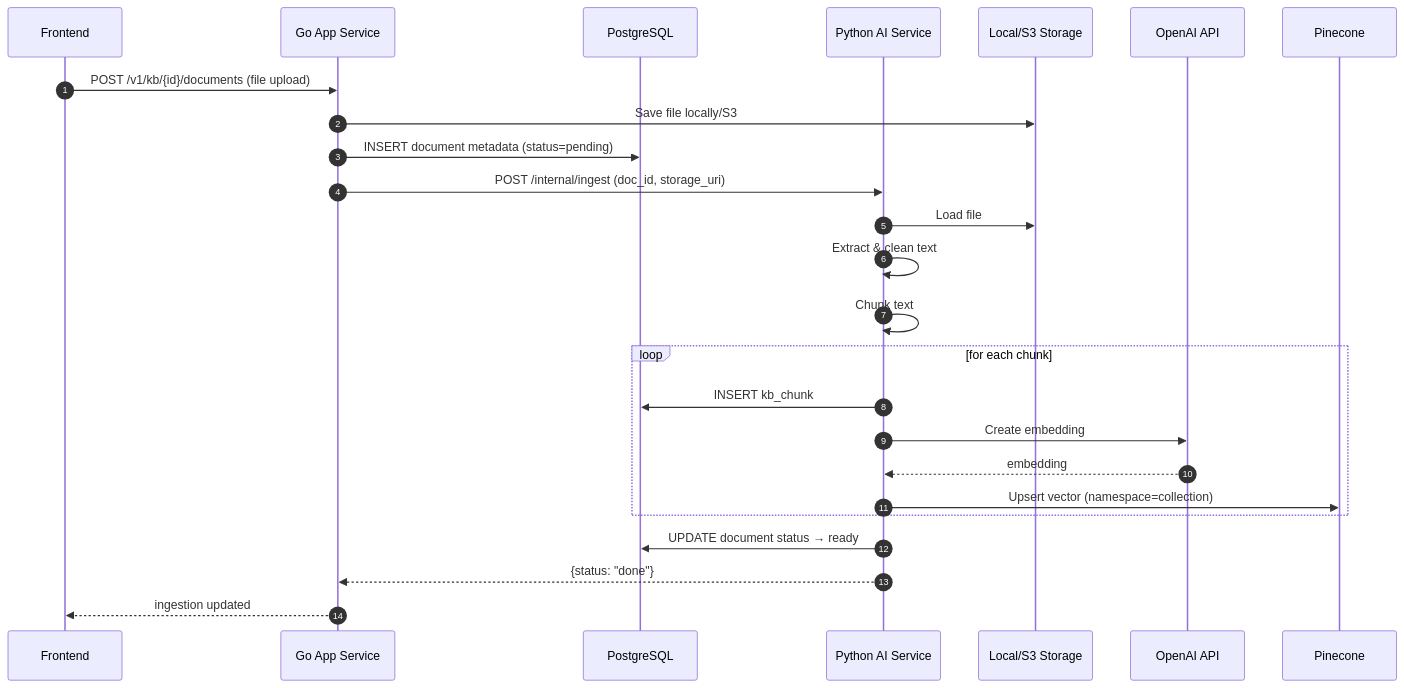
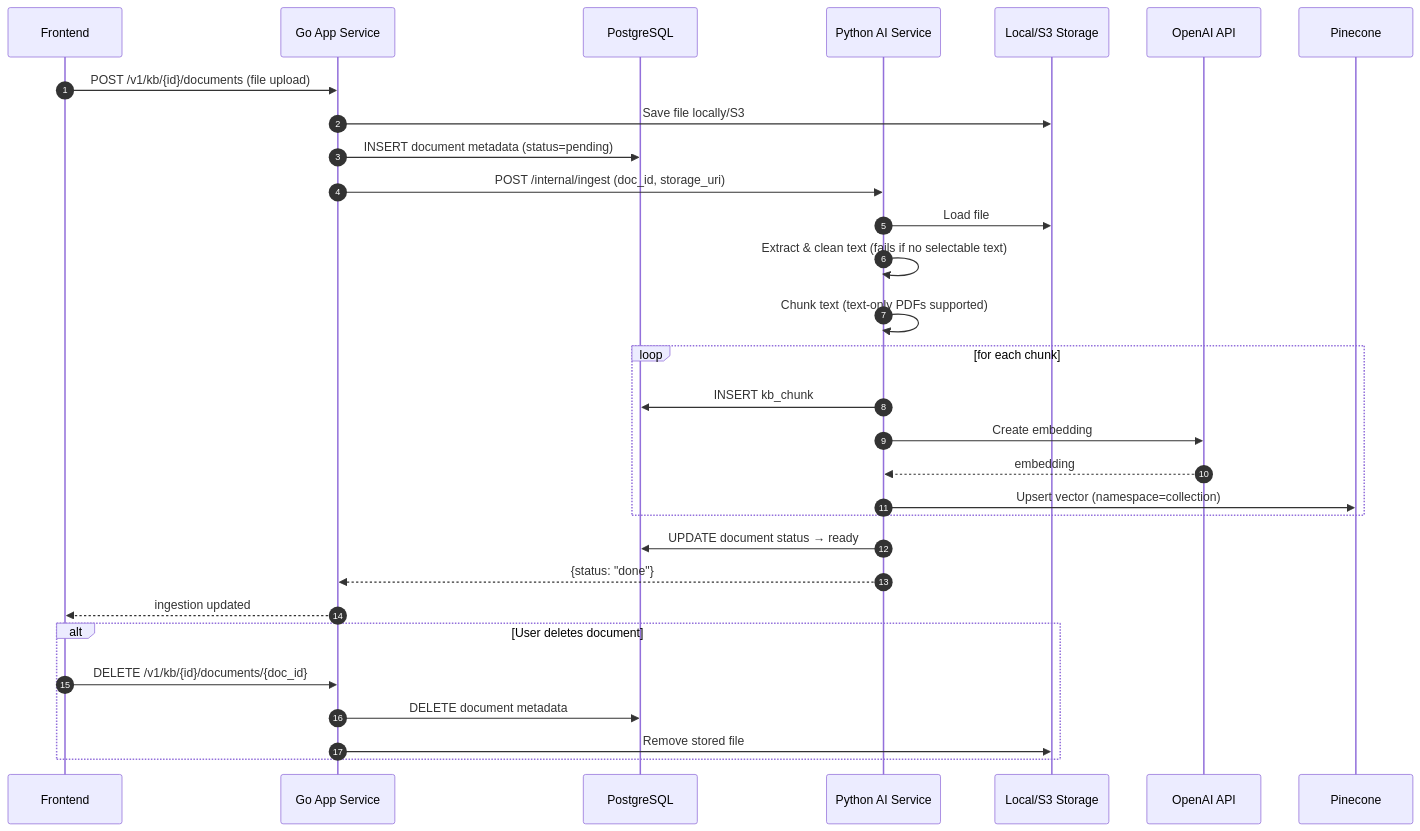
One commit to Juicern/AuroraMind changed the diagram in Docs/ingestion_sequence.mmd. Above: the diagram before and after it, drawn with Mermaid. The commit also changed 5 other files, not shown here.

```diff
--- a/Docs/ingestion_sequence.mmd
+++ b/Docs/ingestion_sequence.mmd
@@ -1,29 +1,35 @@
 sequenceDiagram
     autonumber
     participant FE as Frontend
     participant GO as Go App Service
     participant PG as PostgreSQL
     participant PY as Python AI Service
     participant FS as Local/S3 Storage
     participant OA as OpenAI API
     participant PC as Pinecone
 
     FE->>GO: POST /v1/kb/{id}/documents (file upload)
     GO->>FS: Save file locally/S3
     GO->>PG: INSERT document metadata (status=pending)
     GO->>PY: POST /internal/ingest (doc_id, storage_uri)
 
     PY->>FS: Load file
-    PY->>PY: Extract & clean text
-    PY->>PY: Chunk text
+    PY->>PY: Extract & clean text (fails if no selectable text)
+    PY->>PY: Chunk text (text-only PDFs supported)
 
     loop for each chunk
         PY->>PG: INSERT kb_chunk
         PY->>OA: Create embedding
         OA-->>PY: embedding
         PY->>PC: Upsert vector (namespace=collection)
     end
 
     PY->>PG: UPDATE document status → ready
     PY-->>GO: {status: "done"}
     GO-->>FE: ingestion updated
+
+    alt User deletes document
+        FE->>GO: DELETE /v1/kb/{id}/documents/{doc_id}
+        GO->>PG: DELETE document metadata
+        GO->>FS: Remove stored file
+    end
```
